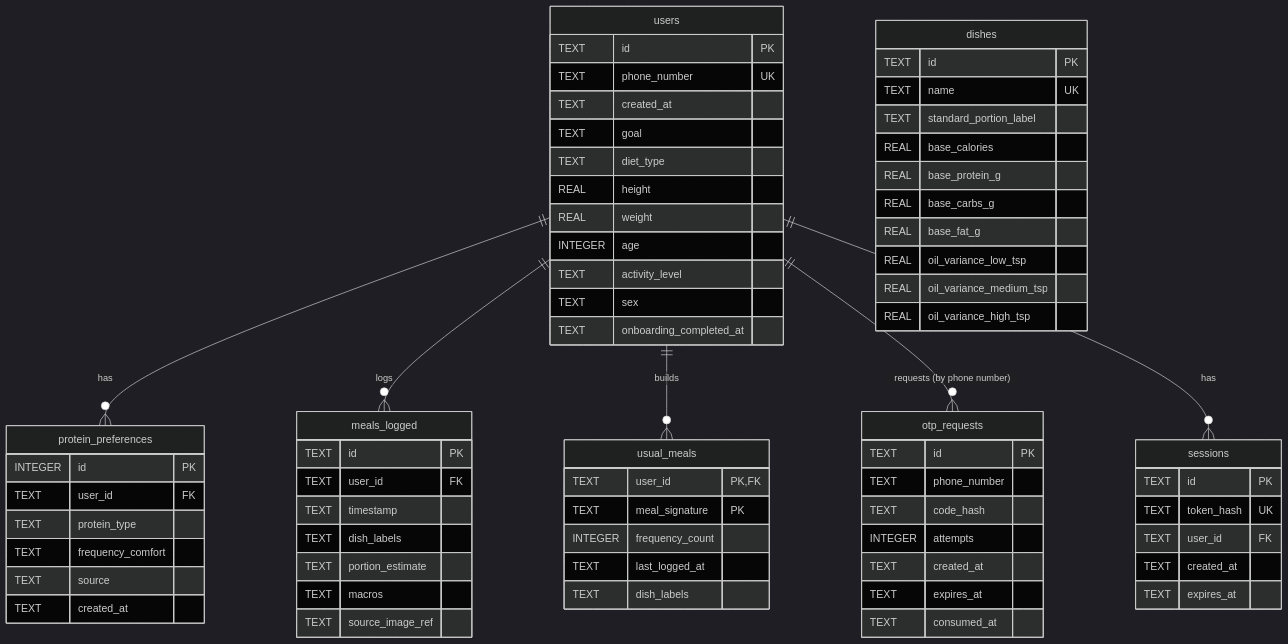
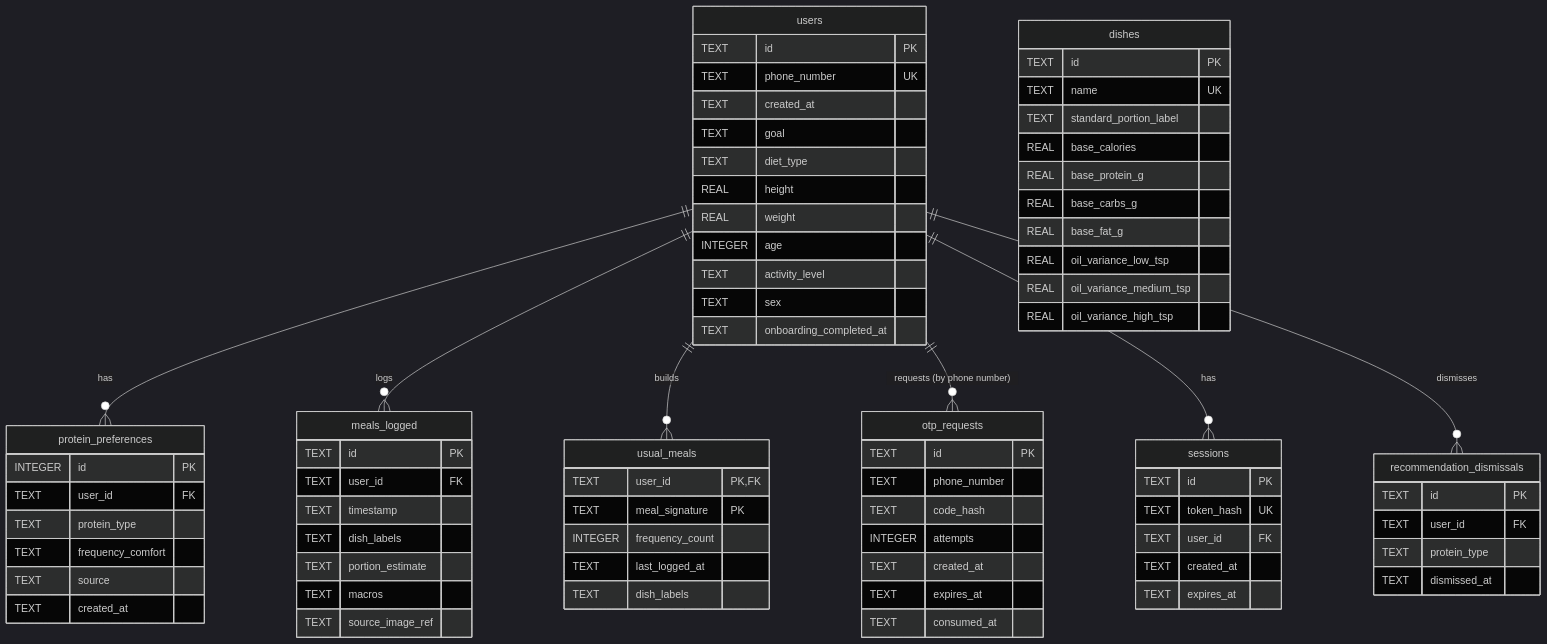
Before and after one commit to m0jojojo/patleHoneAayeHo: the diagram in docs/schema.md, drawn with Mermaid (dark theme). The commit also changed other lines of this file and 18 other files, not shown here.

````diff
--- a/docs/schema.md
+++ b/docs/schema.md
@@ -11,6 +11,7 @@
     users ||--o{ usual_meals : "builds"
     users ||--o{ otp_requests : "requests (by phone number)"
     users ||--o{ sessions : "has"
+    users ||--o{ recommendation_dismissals : "dismisses"
 
     users {
         TEXT id PK
@@ -83,4 +84,11 @@
         REAL oil_variance_medium_tsp
         REAL oil_variance_high_tsp
     }
+
+    recommendation_dismissals {
+        TEXT id PK
+        TEXT user_id FK
+        TEXT protein_type
+        TEXT dismissed_at
+    }
 ```
````
